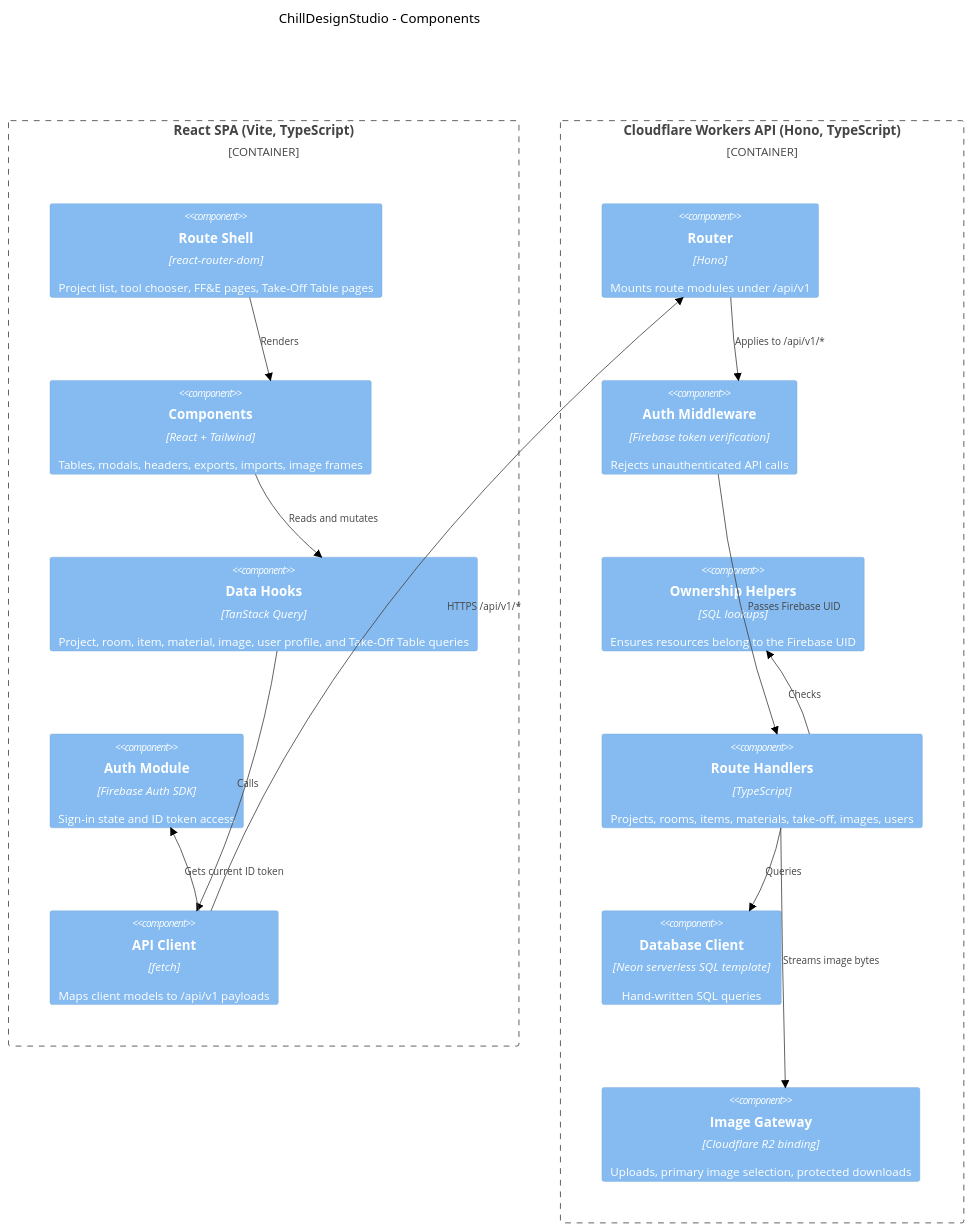
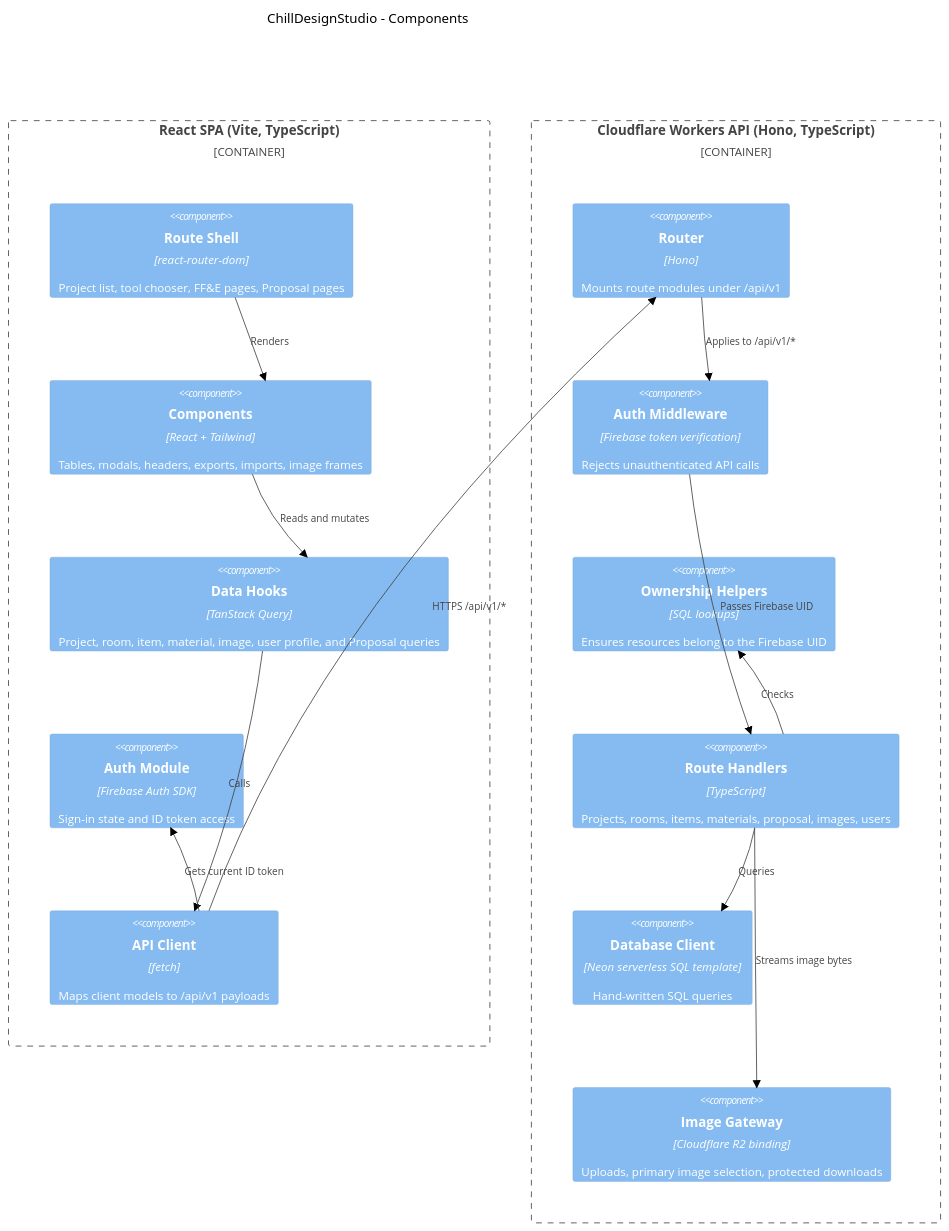
One commit to cweber12/ff-e-builder changed the second of 5 diagrams in docs/architecture.md. Above: the diagram before and after it, drawn with Mermaid (neutral theme). The commit also changed other lines of this file and 9 other files, not shown here.

````diff
--- a/docs/architecture.md
+++ b/docs/architecture.md
@@ -28,32 +28,32 @@
 ```mermaid
 C4Component
   title ChillDesignStudio - Components
 
   Container_Boundary(spa, "React SPA (Vite, TypeScript)") {
-    Component(routes, "Route Shell", "react-router-dom", "Project list, tool chooser, FF&E pages, Take-Off Table pages")
+    Component(routes, "Route Shell", "react-router-dom", "Project list, tool chooser, FF&E pages, Proposal pages")
     Component(ui, "Components", "React + Tailwind", "Tables, modals, headers, exports, imports, image frames")
-    Component(hooks, "Data Hooks", "TanStack Query", "Project, room, item, material, image, user profile, and Take-Off Table queries")
+    Component(hooks, "Data Hooks", "TanStack Query", "Project, room, item, material, image, user profile, and Proposal queries")
     Component(auth, "Auth Module", "Firebase Auth SDK", "Sign-in state and ID token access")
     Component(apiClient, "API Client", "fetch", "Maps client models to /api/v1 payloads")
   }
 
   Container_Boundary(worker, "Cloudflare Workers API (Hono, TypeScript)") {
     Component(router, "Router", "Hono", "Mounts route modules under /api/v1")
     Component(authMw, "Auth Middleware", "Firebase token verification", "Rejects unauthenticated API calls")
     Component(ownership, "Ownership Helpers", "SQL lookups", "Ensures resources belong to the Firebase UID")
-    Component(routeHandlers, "Route Handlers", "TypeScript", "Projects, rooms, items, materials, take-off, images, users")
+    Component(routeHandlers, "Route Handlers", "TypeScript", "Projects, rooms, items, materials, proposal, images, users")
     Component(db, "Database Client", "Neon serverless SQL template", "Hand-written SQL queries")
     Component(imageGateway, "Image Gateway", "Cloudflare R2 binding", "Uploads, primary image selection, protected downloads")
   }
 
   Rel(routes, ui, "Renders")
   Rel(ui, hooks, "Reads and mutates")
   Rel(hooks, apiClient, "Calls")
   Rel(apiClient, auth, "Gets current ID token")
   Rel(apiClient, router, "HTTPS /api/v1/*")
   Rel(router, authMw, "Applies to /api/v1/*")
   Rel(authMw, routeHandlers, "Passes Firebase UID")
   Rel(routeHandlers, ownership, "Checks")
   Rel(routeHandlers, db, "Queries")
   Rel(routeHandlers, imageGateway, "Streams image bytes")
 ```
````
